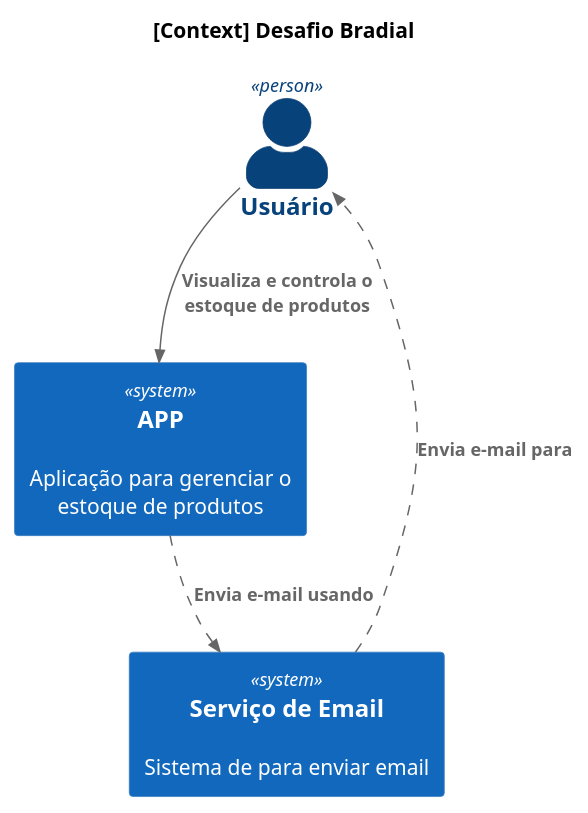
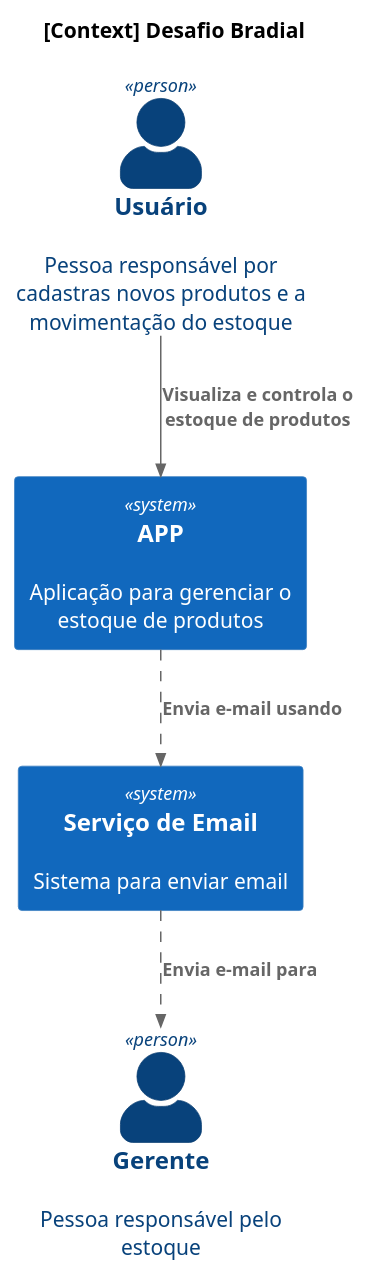
Before and after one commit to GustavoDeVito/desafio-bradial: the diagram in docs/context.puml, drawn with PlantUML. The commit also changed 2 other files, not shown here.

Commit message:
docs: add manager in alert flow

```diff
--- a/docs/context.puml
+++ b/docs/context.puml
@@ -1,20 +1,21 @@
 @startuml Context
 !include https://raw.githubusercontent.com/plantuml-stdlib/C4-PlantUML/master/C4_Context.puml
 
 title [Context] Desafio Bradial
 
 SHOW_PERSON_PORTRAIT()
 
 AddRelTag("dashed", $lineStyle = DashedLine())
 
-Person(user, "Usuário")
+Person(user, "Usuário", "Pessoa responsável por cadastras novos produtos e a movimentação do estoque")
+Person(manager, "Gerente", "Pessoa responsável pelo estoque")
 
 System(app, "APP", "Aplicação para gerenciar o estoque de produtos")
 
-System(email, "Serviço de Email", "Sistema de para enviar email")
+System(email, "Serviço de Email", "Sistema para enviar email")
 
 Rel(user, app, "Visualiza e controla o estoque de produtos")
 Rel(app, email, "Envia e-mail usando", $tags = "dashed")
-Rel(email, user, "Envia e-mail para", $tags = "dashed")
+Rel(email, manager, "Envia e-mail para", $tags = "dashed")
 
 @enduml
```
